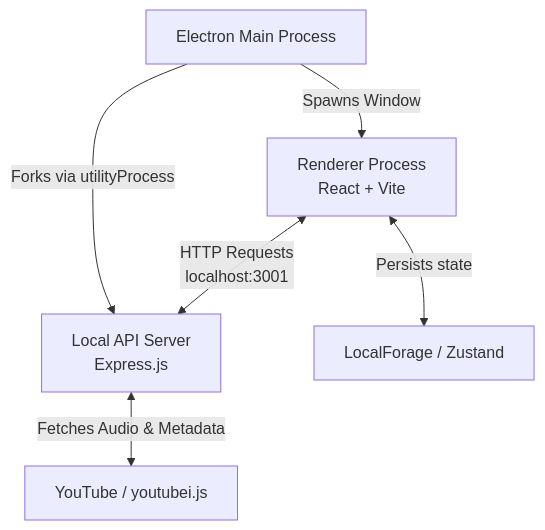
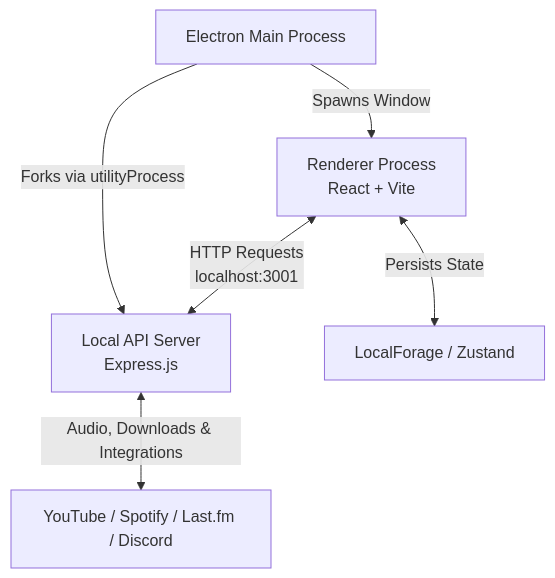
Before and after one commit to Abhishekkkk-15/Velune: the diagram in desktop/README.md, drawn with Mermaid. The commit also changed other lines of this file, not shown here.

````diff
--- a/desktop/README.md
+++ b/desktop/README.md
@@ -38,8 +60,8 @@
 ```mermaid
 graph TD
     Main[Electron Main Process] -->|Spawns Window| Renderer[Renderer Process <br/> React + Vite]
     Main -->|Forks via utilityProcess| API[Local API Server <br/> Express.js]
     Renderer <-->|HTTP Requests <br/> localhost:3001| API
-    API <-->|Fetches Audio & Metadata| YT[YouTube / youtubei.js]
-    Renderer <-->|Persists state| Store[LocalForage / Zustand]
+    API <-->|Audio, Downloads & Integrations| Ext[YouTube / Spotify / Last.fm / Discord]
+    Renderer <-->|Persists State| Store[LocalForage / Zustand]
 ```
````
